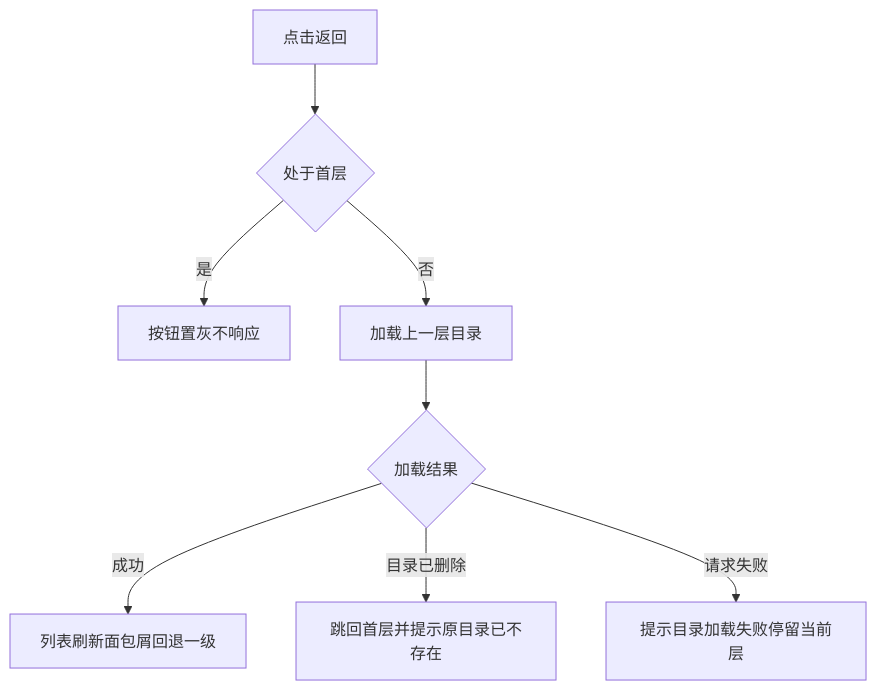
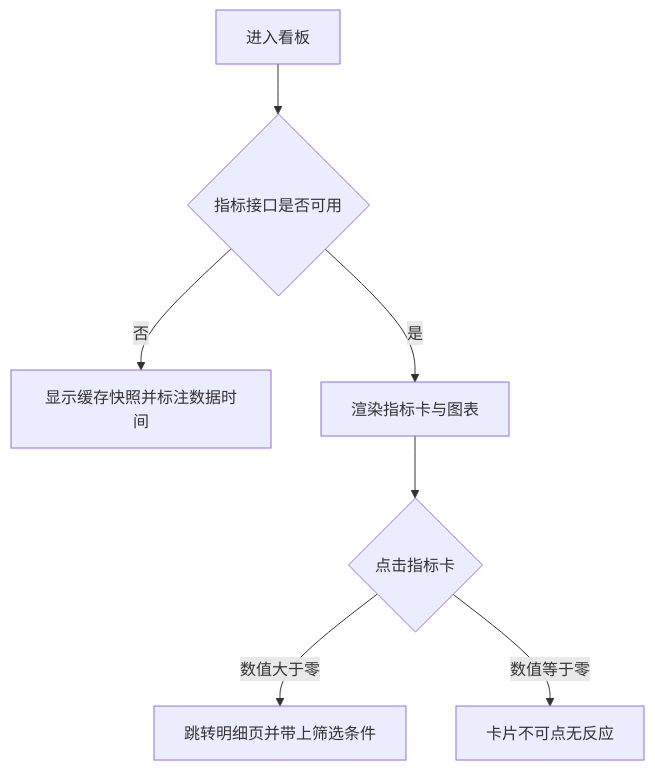
One commit to CharlesHYF/charles-prd-skill changed the second of 2 diagrams in templates/export/sample-tasks.md. Above: the diagram before and after it, drawn with Mermaid. The commit also changed other lines of this file and 1 other file, not shown here.

First line of the commit message:
fix: 导出样例内容与标注图对不上，改写为订单系统

````diff
--- a/templates/export/sample-tasks.md
+++ b/templates/export/sample-tasks.md
@@ -140,10 +204,9 @@
 ```mermaid
 flowchart TD
-	A[点击返回] --> B{处于首层}
-	B -- 是 --> C[按钮置灰不响应]
-	B -- 否 --> D[加载上一层目录]
-	D --> E{加载结果}
-	E -- 成功 --> F[列表刷新面包屑回退一级]
-	E -- 目录已删除 --> G[跳回首层并提示原目录已不存在]
-	E -- 请求失败 --> H[提示目录加载失败停留当前层]
+	A[进入看板] --> B{指标接口是否可用}
+	B -- 否 --> C[显示缓存快照并标注数据时间]
+	B -- 是 --> D[渲染指标卡与图表]
+	D --> E{点击指标卡}
+	E -- 数值大于零 --> F[跳转明细页并带上筛选条件]
+	E -- 数值等于零 --> G[卡片不可点无反应]
 ```
````
